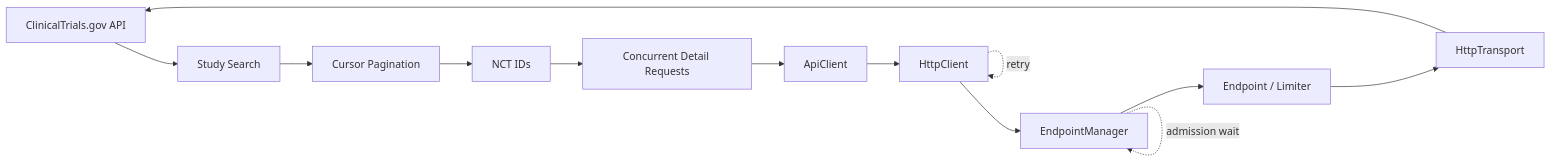
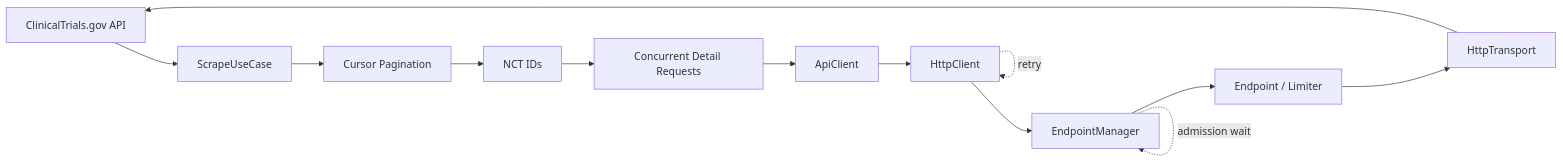
Before and after one commit to Snoke19/ctgov-history-sync: the first of 9 diagrams in README.md, drawn with Mermaid. The commit also changed other lines of this file, not shown here.

Commit message:
docs: update README to match current architecture

````diff
--- a/README.md
+++ b/README.md
@@ -11,16 +11,16 @@
 ```mermaid
 flowchart LR
-    A[ClinicalTrials.gov API] --> B[Study Search]
+    A[ClinicalTrials.gov API] --> B[ScrapeUseCase]
     B --> C[Cursor Pagination]
     C --> D[NCT IDs]
     D --> E[Concurrent Detail Requests]
     E --> F[ApiClient]
     F --> G[HttpClient]
     G --> H[EndpointManager]
     H --> I[Endpoint / Limiter]
     I --> J[HttpTransport]
     J --> A
 
     G -. retry .-> G
     H -. admission wait .-> H
 ```
````
